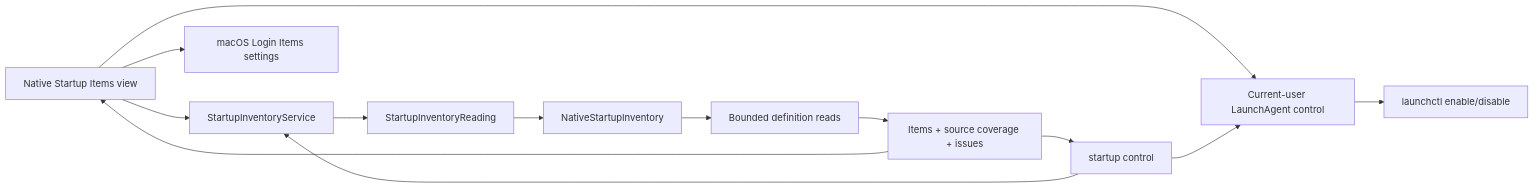
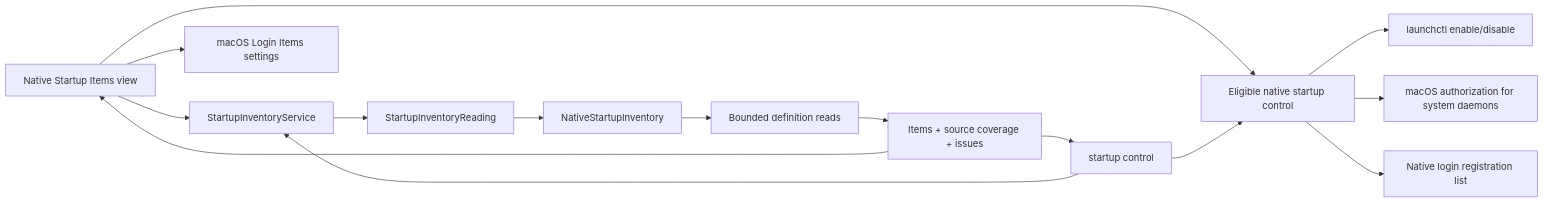
Before and after one commit to limecloud/shou: the diagram in docs/product/startup-items.md, drawn with Mermaid. The commit also changed other lines of this file and 205 other files, not shown here.

````diff
--- a/docs/product/startup-items.md
+++ b/docs/product/startup-items.md
@@ -29,15 +35,17 @@
 ```mermaid
 flowchart LR
     UI[Native Startup Items view] --> Service[StartupInventoryService]
     CLI[startup list] --> Service
     Service --> Port[StartupInventoryReading]
     Port --> Mac[NativeStartupInventory]
     Mac --> Files[Bounded definition reads]
     Files --> Report[Items + source coverage + issues]
     Report --> UI
     Report --> CLI
     UI --> Settings[macOS Login Items settings]
-    UI --> Control[Current-user LaunchAgent control]
+    UI --> Control[Eligible native startup control]
     CLI[startup control] --> Control
     Control --> Launchctl[launchctl enable/disable]
+    Control --> Authorization[macOS authorization for system daemons]
+    Control --> LoginList[Native login registration list]
 ```
````
